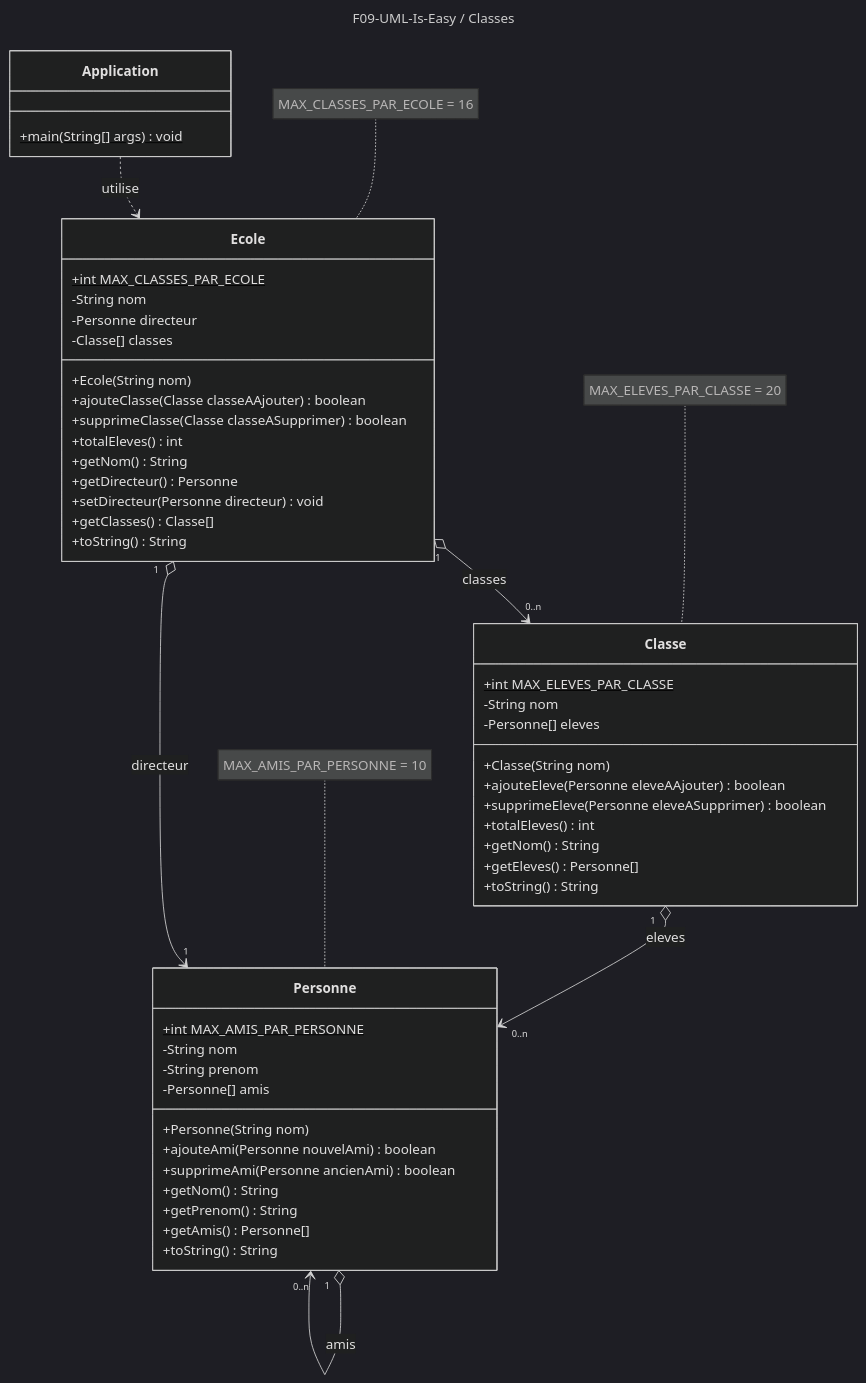
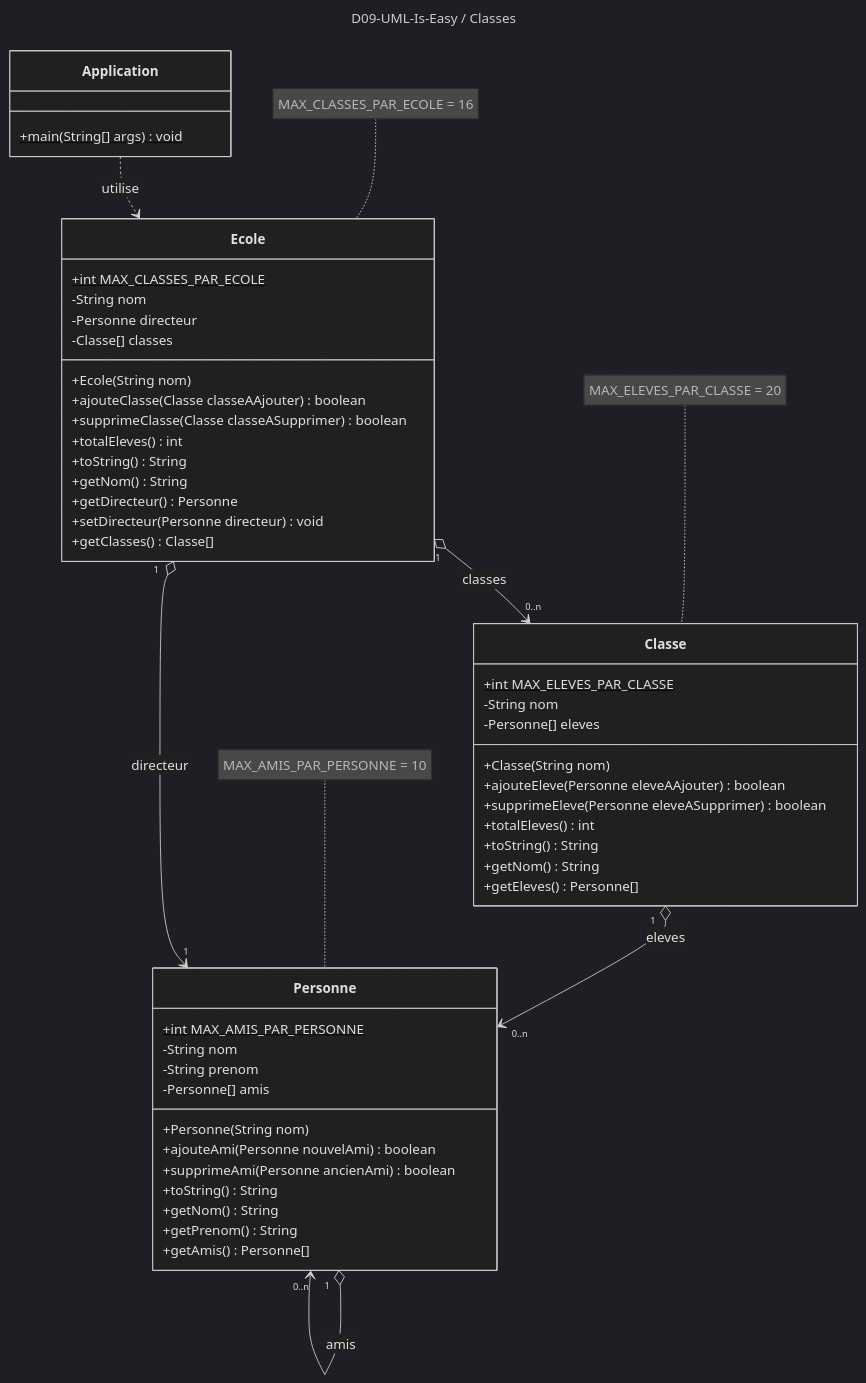
The first of 2 diagrams in README.md (emf-info-d400/D09-UML-Is-Easy), drawn with Mermaid (dark theme) before and after one commit. The commit also changed other lines of this file, not shown here.

Commit message:
correction diagramme UML

````diff
--- a/README.md
+++ b/README.md
@@ -20,57 +20,57 @@
 ```mermaid
 ---
-title: F09-UML-Is-Easy / Classes
+title: D09-UML-Is-Easy / Classes
 ---
 classDiagram
 class Application {
     +main(String[] args)$ void
 }
 class Ecole {
    +int MAX_CLASSES_PAR_ECOLE$
    -String nom
    -Personne directeur
    -Classe[] classes
    +Ecole(String nom)    
    +ajouteClasse(Classe classeAAjouter) boolean
    +supprimeClasse(Classe classeASupprimer) boolean
    +totalEleves() int
+   +toString() String
    +getNom() String
    +getDirecteur() Personne
    +setDirecteur(Personne directeur) void
    +getClasses() Classe[]
-   +toString() String
 }
 class Classe {
    +int MAX_ELEVES_PAR_CLASSE$
    -String nom
    -Personne[] eleves
    +Classe(String nom)
    +ajouteEleve(Personne eleveAAjouter) boolean
    +supprimeEleve(Personne eleveASupprimer) boolean
    +totalEleves() int
+   +toString() String
    +getNom() String
    +getEleves() Personne[]
-   +toString() String
 }
 class Personne {
    +int MAX_AMIS_PAR_PERSONNE$
    -String nom
    -String prenom
    -Personne[] amis
    +Personne(String nom)
    +ajouteAmi(Personne nouvelAmi) boolean
    +supprimeAmi(Personne ancienAmi) boolean
+   +toString() String
    +getNom() String
    +getPrenom() String
    +getAmis() Personne[]
-   +toString() String
 }
 note for Personne "MAX_AMIS_PAR_PERSONNE = 10"
 note for Classe "MAX_ELEVES_PAR_CLASSE = 20"
 note for Ecole "MAX_CLASSES_PAR_ECOLE = 16"
 Ecole "1" o--> "0..n" Classe : classes
 Ecole "1" o--> "1" Personne : directeur
 Classe "1" o--> "0..n" Personne : eleves
 Personne "1" o--> "0..n" Personne : amis
 Application ..> Ecole : utilise
 ```
````
